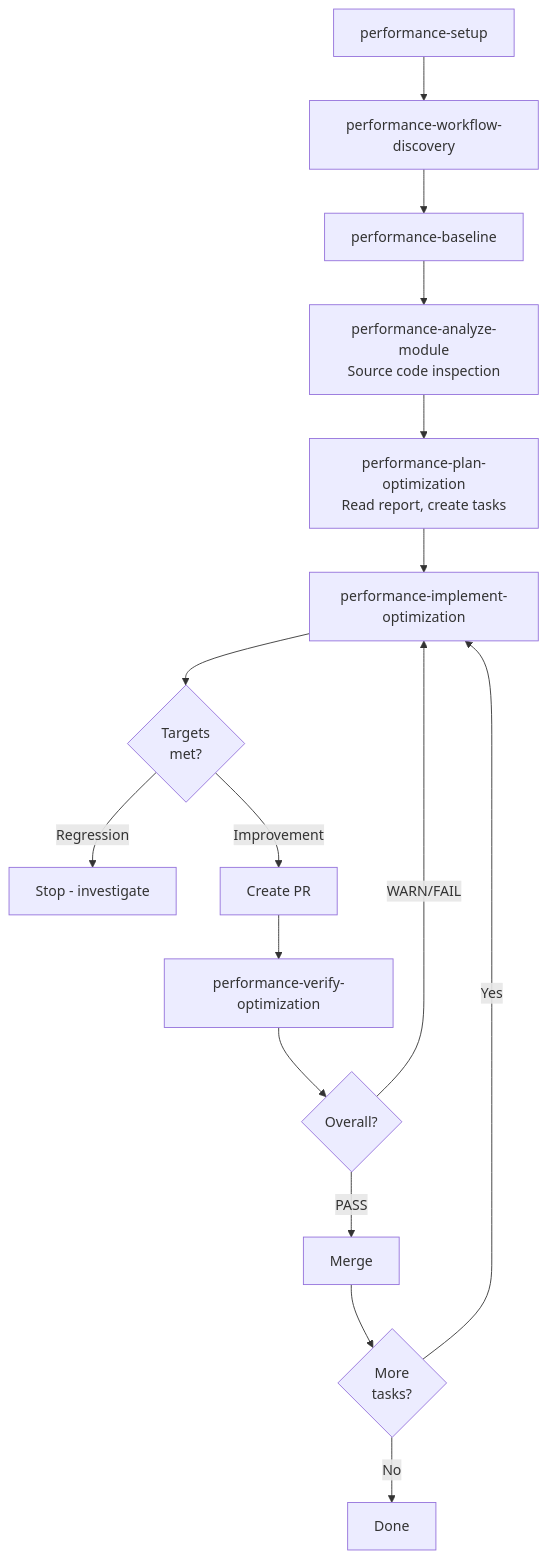
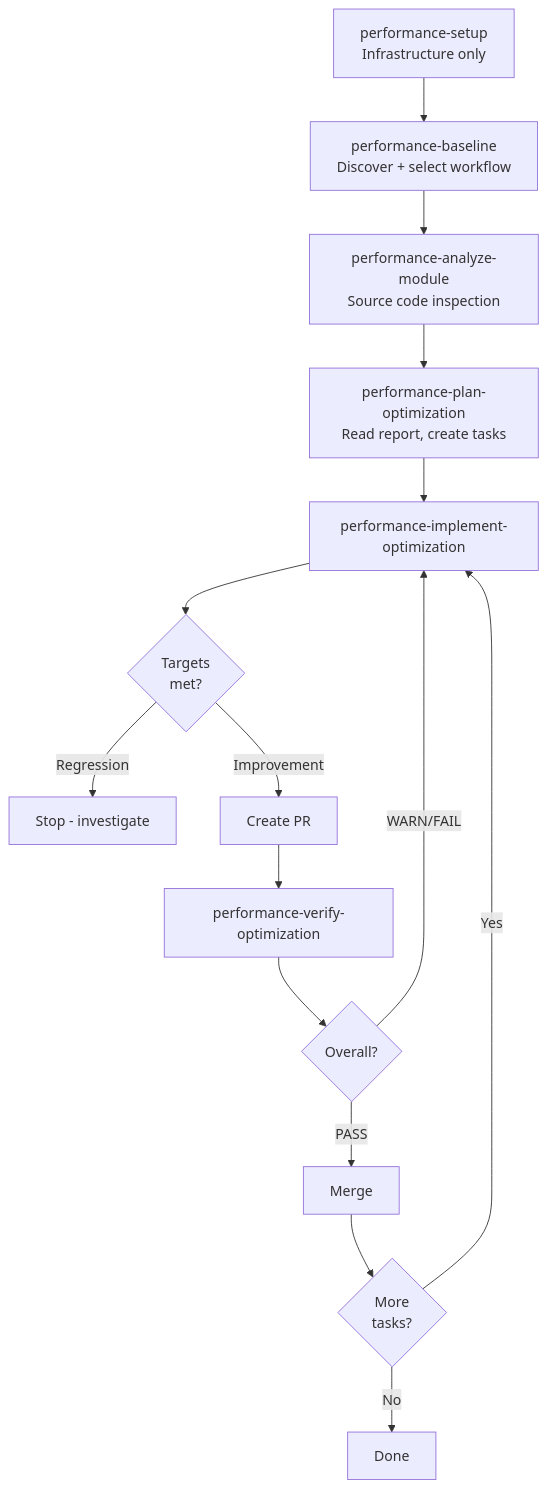
The diagram in docs/performance-workflow-guide.md (mrizzi/sdlc-plugins), drawn with Mermaid before and after one commit. The commit also changed other lines of this file and 22 other files, not shown here.

First line of the commit message:
feat(performance): unified workflow-first setup with backend analysis

````diff
--- a/docs/performance-workflow-guide.md
+++ b/docs/performance-workflow-guide.md
@@ -56,18 +55,17 @@
 ```mermaid
 graph TD
-    A[performance-setup] --> B[performance-workflow-discovery]
-    B --> C[performance-baseline]
-    C --> D[performance-analyze-module<br/>Source code inspection]
-    D --> E[performance-plan-optimization<br/>Read report, create tasks]
-    E --> F[performance-implement-optimization]
-    F --> G{Targets<br/>met?}
-    G -->|Regression| H[Stop - investigate]
-    G -->|Improvement| I[Create PR]
-    I --> J[performance-verify-optimization]
-    J --> K{Overall?}
-    K -->|PASS| L[Merge]
-    K -->|WARN/FAIL| F
-    L --> M{More<br/>tasks?}
-    M -->|Yes| F
-    M -->|No| N[Done]
+    A[performance-setup<br/>Infrastructure only] --> B[performance-baseline<br/>Discover + select workflow]
+    B --> C[performance-analyze-module<br/>Source code inspection]
+    C --> D[performance-plan-optimization<br/>Read report, create tasks]
+    D --> E[performance-implement-optimization]
+    E --> F{Targets<br/>met?}
+    F -->|Regression| G[Stop - investigate]
+    F -->|Improvement| H[Create PR]
+    H --> I[performance-verify-optimization]
+    I --> J{Overall?}
+    J -->|PASS| K[Merge]
+    J -->|WARN/FAIL| E
+    K --> L{More<br/>tasks?}
+    L -->|Yes| E
+    L -->|No| M[Done]
 ```
````
